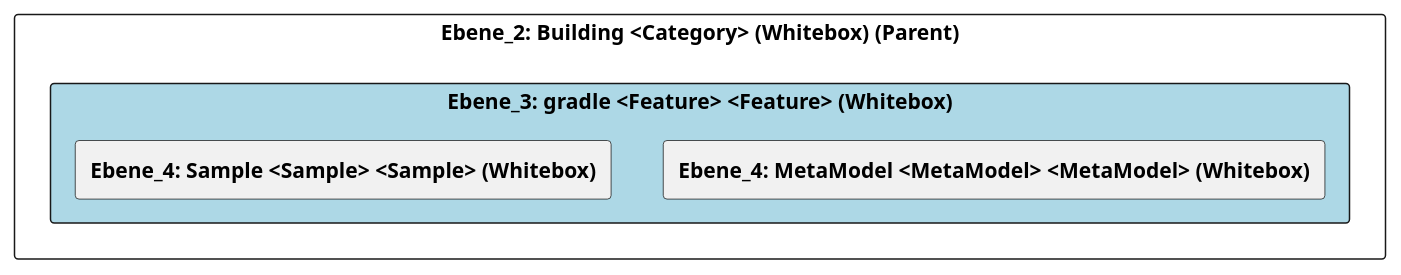
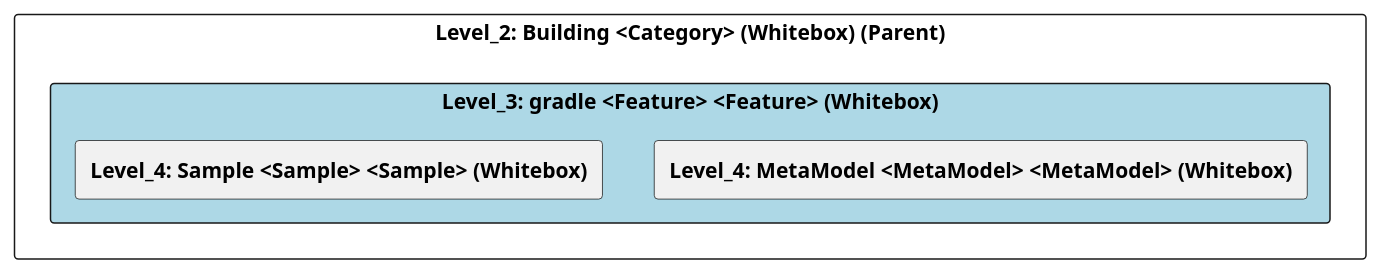
One commit to marcozwyssig/cleon changed the diagram in doc/cleonproject_deliverables_architecture_model_architecture/adoc/de/05_bausteinsicht/cleon/building/gradle/ebene_3_gradle.adoc. Above: the diagram before and after it, drawn with PlantUML. The commit also changed other lines of this file and 83 other files, not shown here.

```diff
--- a/doc/cleonproject_deliverables_architecture_model_architecture/adoc/de/05_bausteinsicht/cleon/building/gradle/ebene_3_gradle.adoc
+++ b/doc/cleonproject_deliverables_architecture_model_architecture/adoc/de/05_bausteinsicht/cleon/building/gradle/ebene_3_gradle.adoc
@@ -20,25 +20,25 @@
-[plantuml, Ebene_3: gradle <Feature> <Feature> (Whitebox)BlockOverview, format="svg"]
+[plantuml, Level_3: gradle <Feature> <Feature> (Whitebox)BlockOverview, format="svg"]
 ----
-@startuml Ebene_3: gradle <Feature> <Feature> (Whitebox)BuildingBlockOverview
+@startuml Level_3: gradle <Feature> <Feature> (Whitebox)BuildingBlockOverview
 
 skinparam ranksep 10
 skinparam componentStyle rectangle
 skinparam shadowing false
 skinparam arrowColor lightblue
 skinparam arrowThickness 1.2
 skinparam rectangle {
   BackgroundColor White
   BorderColor #333
   RoundCorner 10
 }
 top to bottom direction
 
-component "Ebene_2: Building <Category> (Whitebox) (Parent)" {
-    component "Ebene_3: gradle <Feature> <Feature> (Whitebox)" #lightblue {
-        [**Ebene_4: MetaModel <MetaModel> <MetaModel> (Whitebox)**] as 4A57056F_D579_11EE_903E_9F564E4DE07E
-        [**Ebene_4: Sample <Sample> <Sample> (Whitebox)**] as 4A57056C_D579_11EE_903E_9F564E4DE07E
+component "Level_2: Building <Category> (Whitebox) (Parent)" {
+    component "Level_3: gradle <Feature> <Feature> (Whitebox)" #lightblue {
+        [**Level_4: MetaModel <MetaModel> <MetaModel> (Whitebox)**] as 4A57056F_D579_11EE_903E_9F564E4DE07E
+        [**Level_4: Sample <Sample> <Sample> (Whitebox)**] as 4A57056C_D579_11EE_903E_9F564E4DE07E
     }
 }
 
 @enduml
 ----
```
